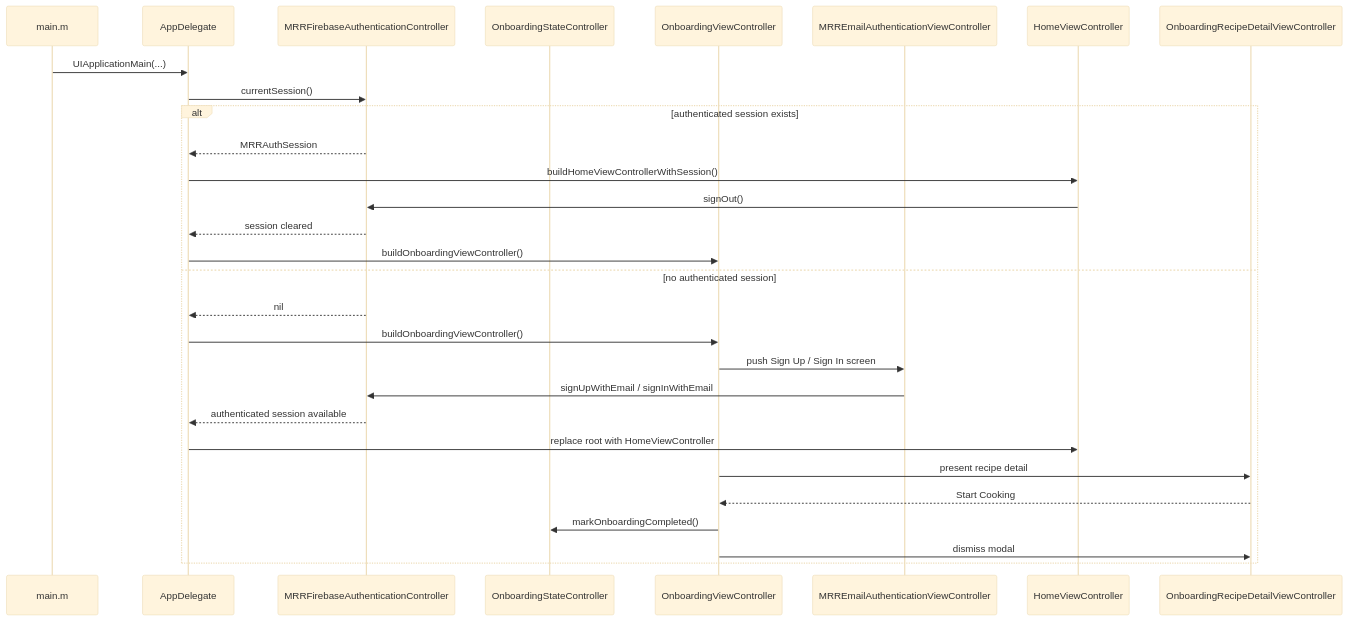
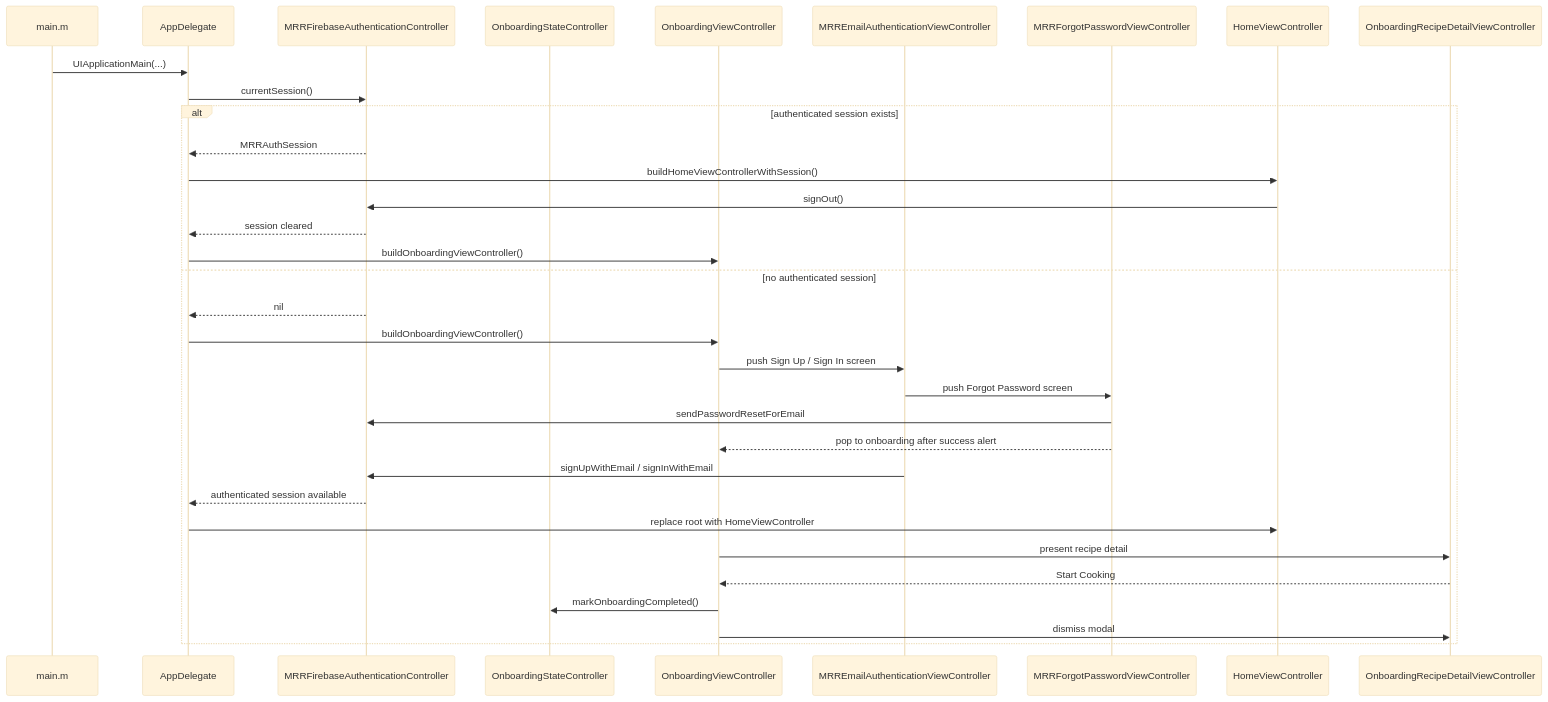
Before and after one commit to bengidev/ios_mrr_learning_project: the second of 6 diagrams in ARCHITECTURE.md, drawn with Mermaid (base theme). The commit also changed other lines of this file and 2 other files, not shown here.

````diff
--- a/ARCHITECTURE.md
+++ b/ARCHITECTURE.md
@@ -71,32 +74,36 @@
 ```mermaid
 sequenceDiagram
   participant main as main.m
   participant app as AppDelegate
   participant auth as MRRFirebaseAuthenticationController
   participant state as OnboardingStateController
   participant onboarding as OnboardingViewController
   participant email as MRREmailAuthenticationViewController
+  participant reset as MRRForgotPasswordViewController
   participant home as HomeViewController
   participant detail as OnboardingRecipeDetailViewController
 
   main->>app: UIApplicationMain(...)
   app->>auth: currentSession()
   alt authenticated session exists
     auth-->>app: MRRAuthSession
     app->>home: buildHomeViewControllerWithSession()
     home->>auth: signOut()
     auth-->>app: session cleared
     app->>onboarding: buildOnboardingViewController()
   else no authenticated session
     auth-->>app: nil
     app->>onboarding: buildOnboardingViewController()
     onboarding->>email: push Sign Up / Sign In screen
+    email->>reset: push Forgot Password screen
+    reset->>auth: sendPasswordResetForEmail
+    reset-->>onboarding: pop to onboarding after success alert
     email->>auth: signUpWithEmail / signInWithEmail
     auth-->>app: authenticated session available
     app->>home: replace root with HomeViewController
     onboarding->>detail: present recipe detail
     detail-->>onboarding: Start Cooking
     onboarding->>state: markOnboardingCompleted()
     onboarding->>detail: dismiss modal
   end
 ```
````
